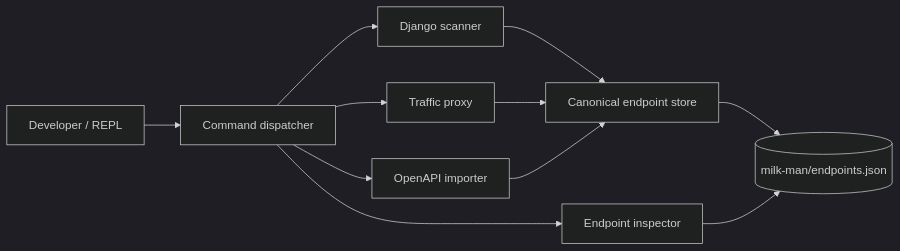
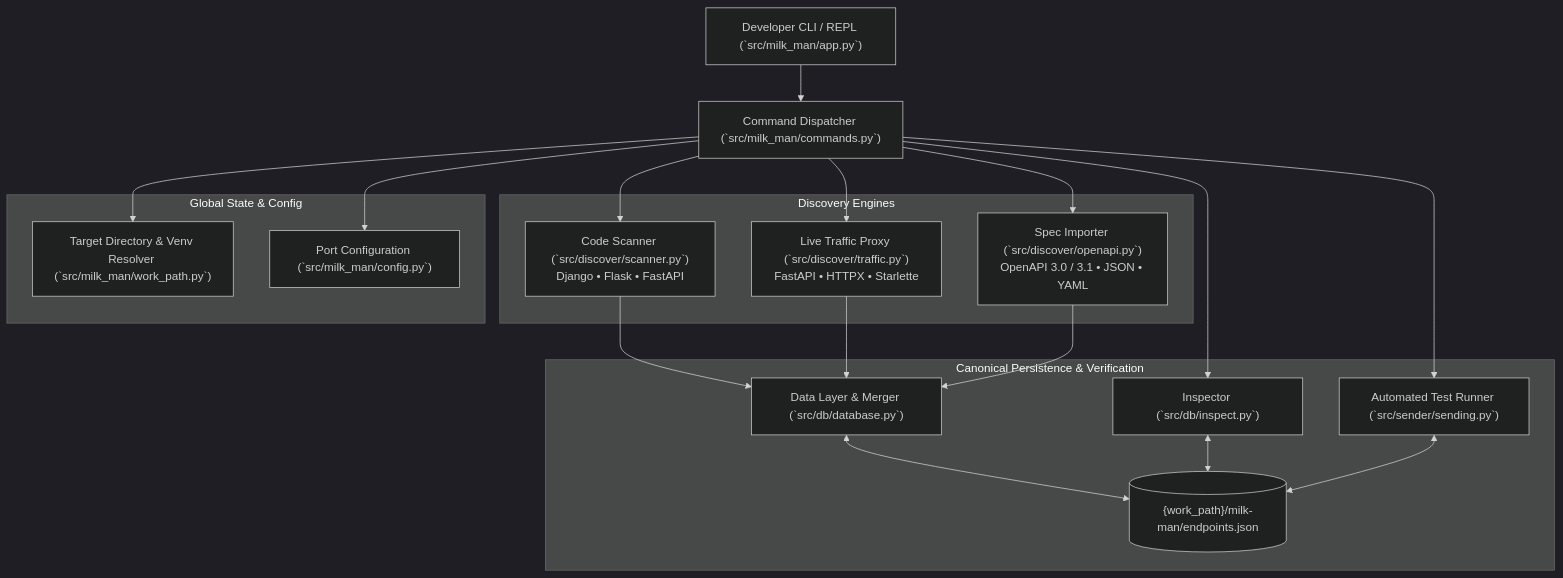
One commit to lenhad123654/milk-man changed the diagram in README.md. Above: the diagram before and after it, drawn with Mermaid (dark theme). The commit also changed other lines of this file and 16 other files, not shown here.

````diff
--- a/README.md
+++ b/README.md
@@ -88,13 +287,37 @@
 ```mermaid
-flowchart LR
-    User["Developer / REPL"] --> Commands["Command dispatcher"]
-    Commands --> Scan["Django scanner"]
-    Commands --> Proxy["Traffic proxy"]
-    Commands --> Import["OpenAPI importer"]
-    Scan --> Store["Canonical endpoint store"]
-    Proxy --> Store
-    Import --> Store
-    Store --> File[("milk-man/endpoints.json")]
-    Commands --> Inspect["Endpoint inspector"]
-    Inspect --> File
+flowchart TD
+    User["Developer CLI / REPL (`src/milk_man/app.py`)"] --> Dispatch["Command Dispatcher (`src/milk_man/commands.py`)"]
+    
+    subgraph Discovery ["Discovery Engines"]
+        Scan["Code Scanner (`src/discover/scanner.py`)<br/>Django • Flask • FastAPI"]
+        Proxy["Live Traffic Proxy (`src/discover/traffic.py`)<br/>FastAPI • HTTPX • Starlette"]
+        Importer["Spec Importer (`src/discover/openapi.py`)<br/>OpenAPI 3.0 / 3.1 • JSON • YAML"]
+    end
+    
+    subgraph State ["Global State & Config"]
+        WP["Target Directory & Venv Resolver (`src/milk_man/work_path.py`)"]
+        CFG["Port Configuration (`src/milk_man/config.py`)"]
+    end
+
+    subgraph Storage ["Canonical Persistence & Verification"]
+        DB["Data Layer & Merger (`src/db/database.py`)"]
+        File[("`{work_path}/milk-man/endpoints.json`")]
+        Inspect["Inspector (`src/db/inspect.py`)"]
+        Sender["Automated Test Runner (`src/sender/sending.py`)"]
+    end
+
+    Dispatch --> Scan
+    Dispatch --> Proxy
+    Dispatch --> Importer
+    Dispatch --> Inspect
+    Dispatch --> Sender
+    Dispatch --> WP
+    Dispatch --> CFG
+
+    Scan --> DB
+    Proxy --> DB
+    Importer --> DB
+    DB <--> File
+    Inspect <--> File
+    Sender <--> File
 ```
````
